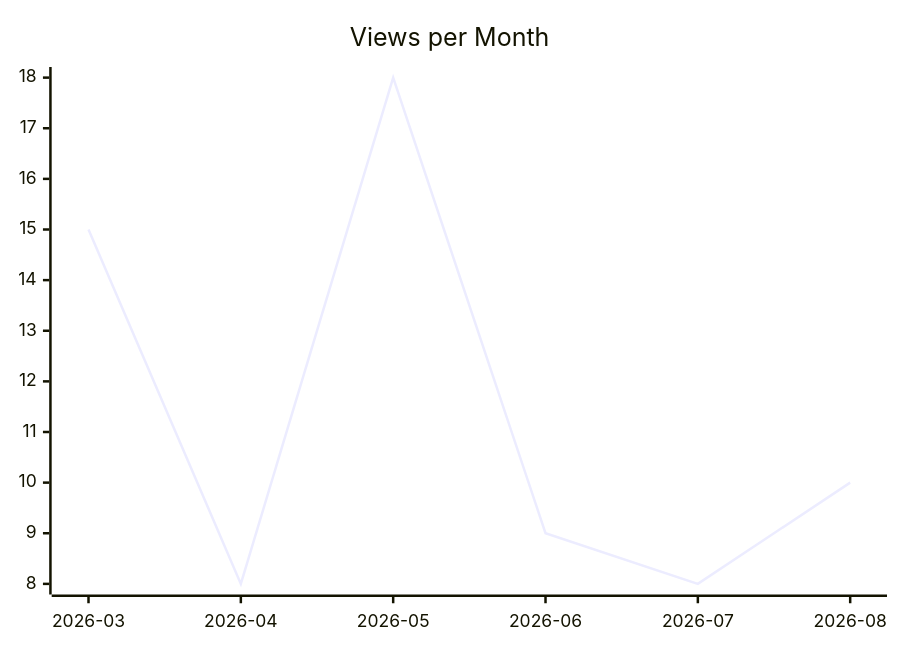
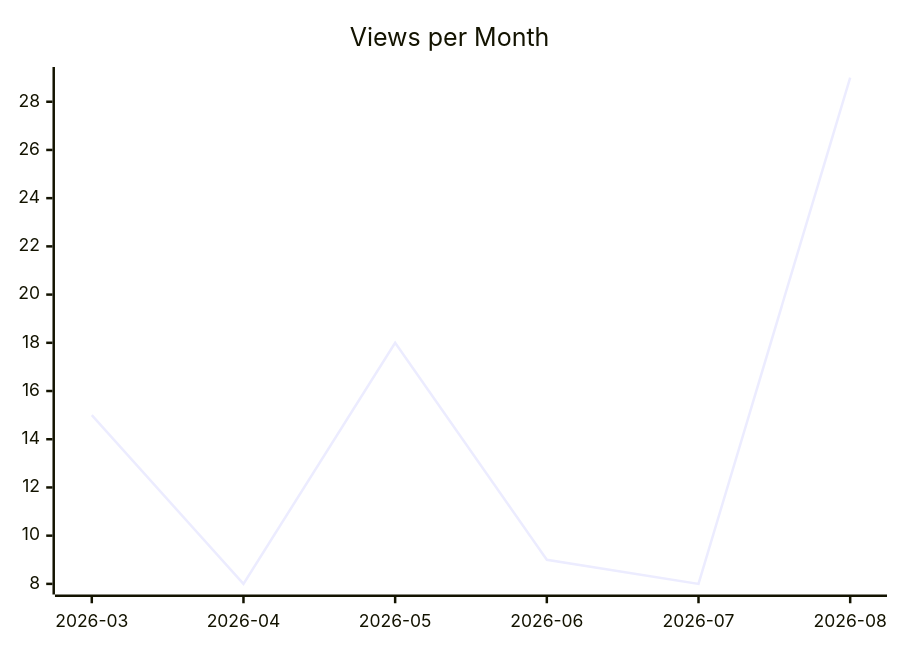
One commit to justdavis-family/github-analytics-data changed the second of 3 diagrams in karlmdavis/xmlpull/README.md. Above: the diagram before and after it, drawn with Mermaid. The commit also changed other lines of this file and 156 other files, not shown here.

````diff
--- a/karlmdavis/xmlpull/README.md
+++ b/karlmdavis/xmlpull/README.md
@@ -12,6 +12,6 @@
 ```mermaid
 xychart-beta
   title "Views per Month"
   x-axis ["2026-03", "2026-04", "2026-05", "2026-06", "2026-07", "2026-08"]
-  line [15, 8, 18, 9, 8, 10]
+  line [15, 8, 18, 9, 8, 29]
 ```
````
